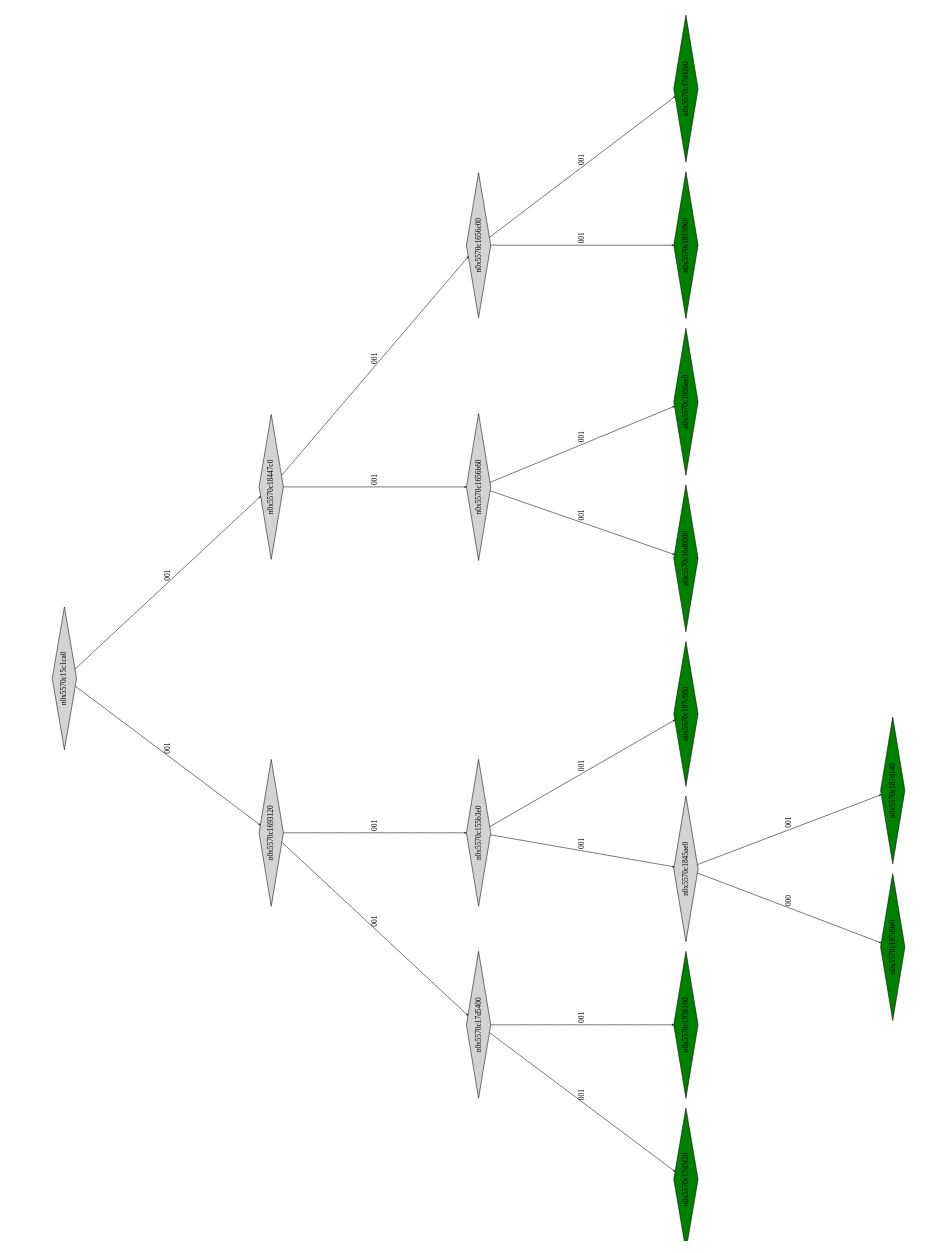
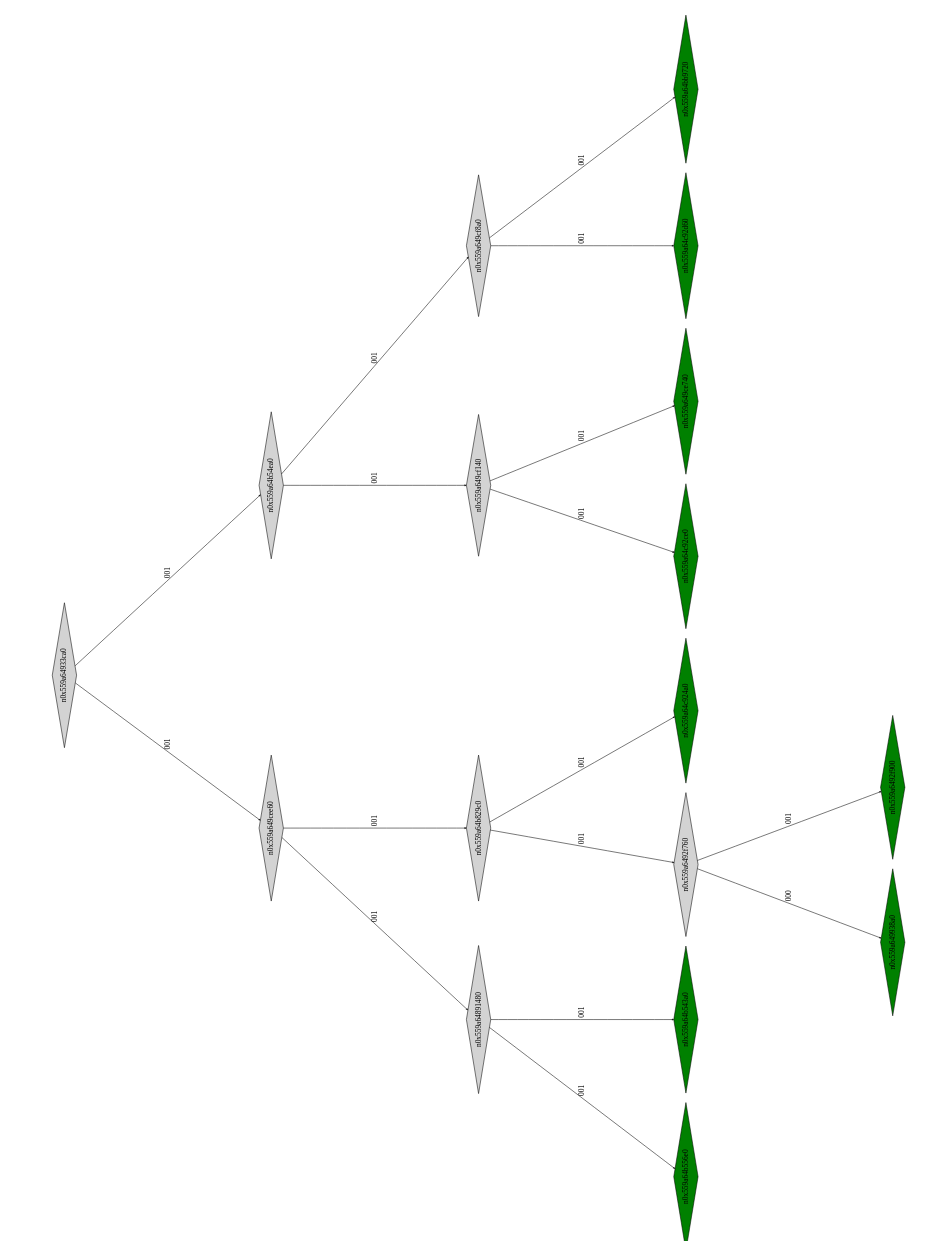
One commit to Research-Tools-PAVT/PSE-Program-Examples changed the diagram in montyhall_klee_out/ptree_00001069.dot. Above: the diagram before and after it, drawn with Graphviz. The commit also changed 42 other files, not shown here.

```diff
--- a/montyhall_klee_out/ptree_00001069.dot
+++ b/montyhall_klee_out/ptree_00001069.dot
@@ -1,41 +1,41 @@
 digraph G {
 	size="10,7.5";
 	ratio=fill;
 	rotate=90;
 	center = "true";
 	node [style="filled",width=.1,height=.1,fontname="Terminus"]
 	edge [arrowsize=.3]
-	n0x5570c15c1ca0 [shape=diamond];
-	n0x5570c15c1ca0 -> n0x5570c1693120 [label=001];
-	n0x5570c15c1ca0 -> n0x5570c18447c0 [label=001];
-	n0x5570c18447c0 [shape=diamond];
-	n0x5570c18447c0 -> n0x5570c1656b60 [label=001];
-	n0x5570c18447c0 -> n0x5570c1656c00 [label=001];
-	n0x5570c1656c00 [shape=diamond];
-	n0x5570c1656c00 -> n0x5570c1819860 [label=001];
-	n0x5570c1656c00 -> n0x5570c17d42e0 [label=001];
-	n0x5570c17d42e0 [shape=diamond,fillcolor=green];
-	n0x5570c1819860 [shape=diamond,fillcolor=green];
-	n0x5570c1656b60 [shape=diamond];
-	n0x5570c1656b60 -> n0x5570c16d6000 [label=001];
-	n0x5570c1656b60 -> n0x5570c1956ee0 [label=001];
-	n0x5570c1956ee0 [shape=diamond,fillcolor=green];
-	n0x5570c16d6000 [shape=diamond,fillcolor=green];
-	n0x5570c1693120 [shape=diamond];
-	n0x5570c1693120 -> n0x5570c17d5400 [label=001];
-	n0x5570c1693120 -> n0x5570c155b3e0 [label=001];
-	n0x5570c155b3e0 [shape=diamond];
-	n0x5570c155b3e0 -> n0x5570c1845ae0 [label=001];
-	n0x5570c155b3e0 -> n0x5570c187c980 [label=001];
-	n0x5570c187c980 [shape=diamond,fillcolor=green];
-	n0x5570c1845ae0 [shape=diamond];
-	n0x5570c1845ae0 -> n0x5570c187d0e0 [label=000];
-	n0x5570c1845ae0 -> n0x5570c187d140 [label=001];
-	n0x5570c187d140 [shape=diamond,fillcolor=green];
-	n0x5570c187d0e0 [shape=diamond,fillcolor=green];
-	n0x5570c17d5400 [shape=diamond];
-	n0x5570c17d5400 -> n0x5570c17d5f20 [label=001];
-	n0x5570c17d5400 -> n0x5570c1956160 [label=001];
-	n0x5570c1956160 [shape=diamond,fillcolor=green];
-	n0x5570c17d5f20 [shape=diamond,fillcolor=green];
+	n0x559a64933ca0 [shape=diamond];
+	n0x559a64933ca0 -> n0x559a649cee60 [label=001];
+	n0x559a64933ca0 -> n0x559a64b54ea0 [label=001];
+	n0x559a64b54ea0 [shape=diamond];
+	n0x559a64b54ea0 -> n0x559a649cf140 [label=001];
+	n0x559a64b54ea0 -> n0x559a649cf8a0 [label=001];
+	n0x559a649cf8a0 [shape=diamond];
+	n0x559a649cf8a0 -> n0x559a64c92d60 [label=001];
+	n0x559a649cf8a0 -> n0x559a64bb9720 [label=001];
+	n0x559a64bb9720 [shape=diamond,fillcolor=green];
+	n0x559a64c92d60 [shape=diamond,fillcolor=green];
+	n0x559a649cf140 [shape=diamond];
+	n0x559a649cf140 -> n0x559a64c92ce0 [label=001];
+	n0x559a649cf140 -> n0x559a649ce740 [label=001];
+	n0x559a649ce740 [shape=diamond,fillcolor=green];
+	n0x559a64c92ce0 [shape=diamond,fillcolor=green];
+	n0x559a649cee60 [shape=diamond];
+	n0x559a649cee60 -> n0x559a64891480 [label=001];
+	n0x559a649cee60 -> n0x559a64b829c0 [label=001];
+	n0x559a64b829c0 [shape=diamond];
+	n0x559a64b829c0 -> n0x559a6492f760 [label=001];
+	n0x559a64b829c0 -> n0x559a64c924a0 [label=001];
+	n0x559a64c924a0 [shape=diamond,fillcolor=green];
+	n0x559a6492f760 [shape=diamond];
+	n0x559a6492f760 -> n0x559a649938a0 [label=000];
+	n0x559a6492f760 -> n0x559a6492f900 [label=001];
+	n0x559a6492f900 [shape=diamond,fillcolor=green];
+	n0x559a649938a0 [shape=diamond,fillcolor=green];
+	n0x559a64891480 [shape=diamond];
+	n0x559a64891480 -> n0x559a64b556e0 [label=001];
+	n0x559a64891480 -> n0x559a64b543a0 [label=001];
+	n0x559a64b543a0 [shape=diamond,fillcolor=green];
+	n0x559a64b556e0 [shape=diamond,fillcolor=green];
 }
```
